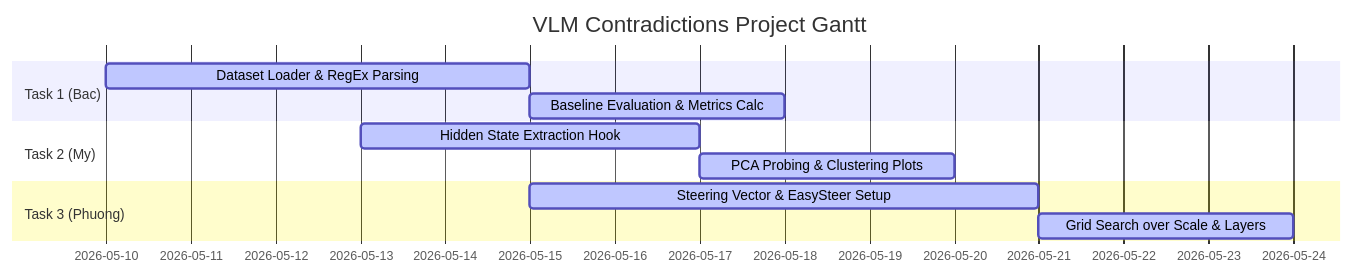
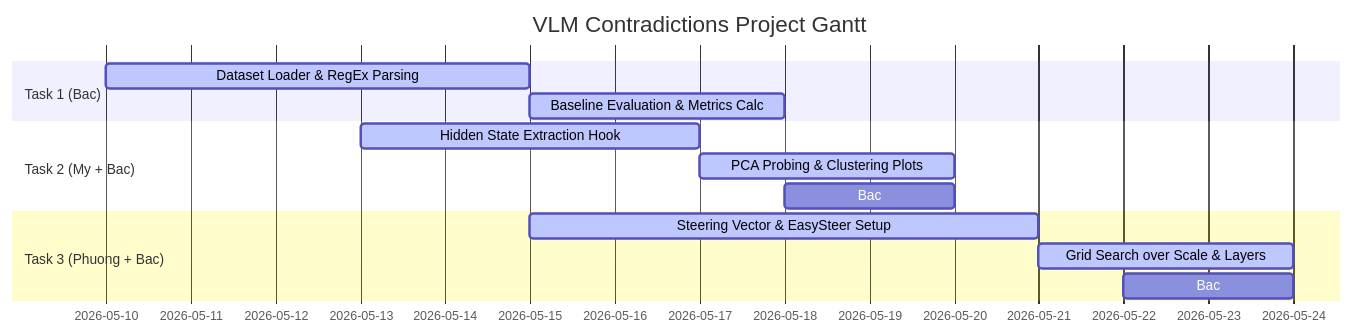
Before and after one commit to Phuongtran75/Project_NLP: the second of 2 diagrams in report/report.md, drawn with Mermaid. The commit also changed other lines of this file and 1 other file, not shown here.

Commit message:
docs: update Bac's role as cross-task supervisor across all 3 tasks

````diff
--- a/report/report.md
+++ b/report/report.md
@@ -331,14 +331,16 @@
 ```mermaid
 gantt
     title VLM Contradictions Project Gantt
     dateFormat  YYYY-MM-DD
     section Task 1 (Bac)
     Dataset Loader & RegEx Parsing      :active, 2026-05-10, 2026-05-15
     Baseline Evaluation & Metrics Calc  :active, 2026-05-15, 2026-05-18
-    section Task 2 (My)
+    section Task 2 (My + Bac)
     Hidden State Extraction Hook        :active, 2026-05-13, 2026-05-17
     PCA Probing & Clustering Plots      :active, 2026-05-17, 2026-05-20
-    section Task 3 (Phuong)
+    Bac: Review & Validate PCA Results  :active, 2026-05-18, 2026-05-20
+    section Task 3 (Phuong + Bac)
     Steering Vector & EasySteer Setup   :active, 2026-05-15, 2026-05-21
     Grid Search over Scale & Layers     :active, 2026-05-21, 2026-05-24
+    Bac: Verify Steering & Cross-Check  :active, 2026-05-22, 2026-05-24
 ```
````
